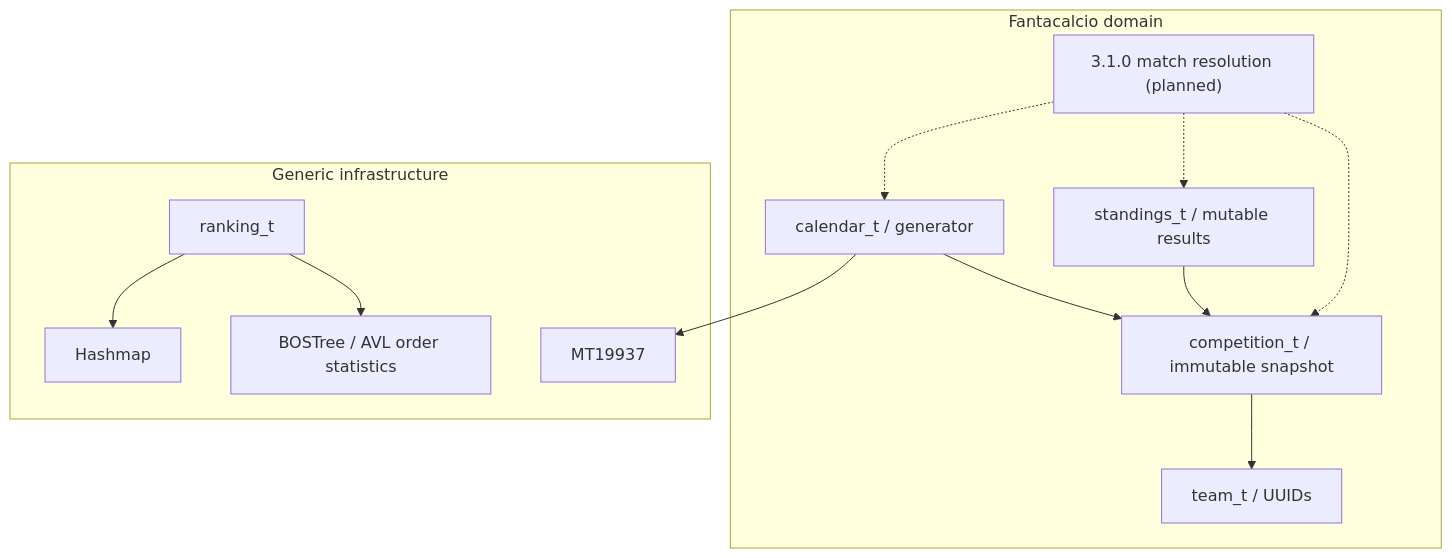
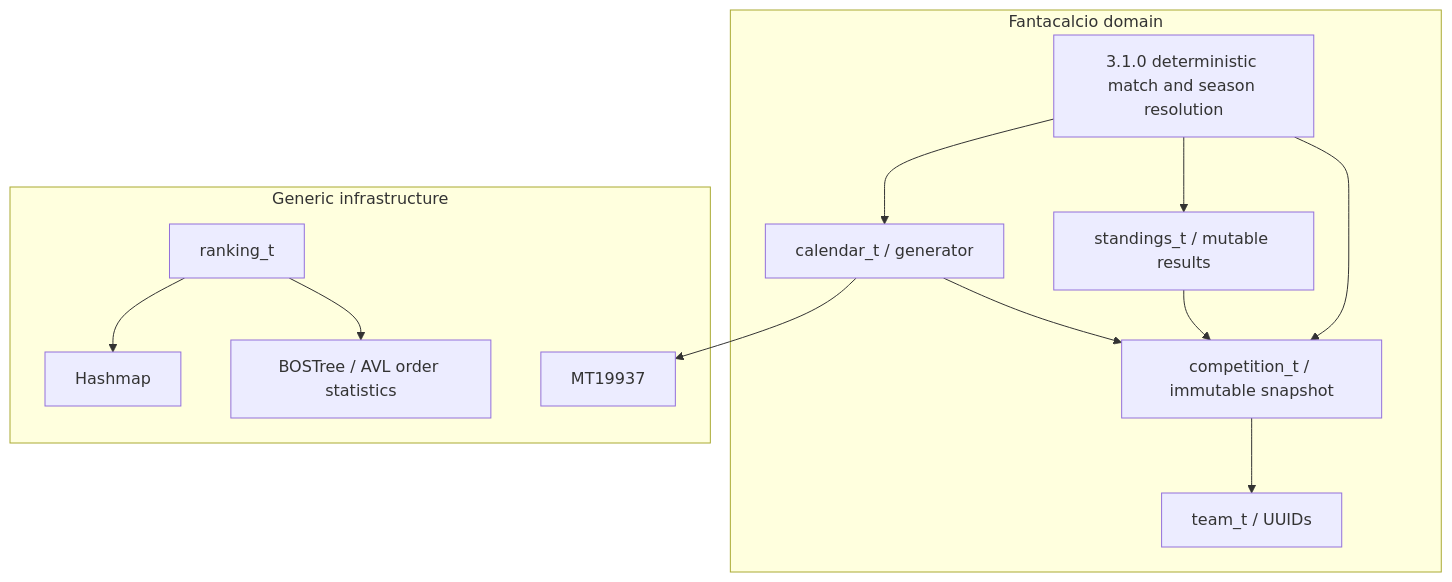
The diagram in README.md (AlessVolpe/CentralRankingDogma), drawn with Mermaid before and after one commit. The commit also changed other lines of this file and 30 other files, not shown here.

Commit message:
feat(domain): implement deterministic match and season resolution (#18)

````diff
--- a/README.md
+++ b/README.md
@@ -19,25 +19,25 @@
 ```mermaid
 flowchart TB
     subgraph DOMAIN["Fantacalcio domain"]
         TEAM["team_t / UUIDs"]
         COMP["competition_t / immutable snapshot"]
         CAL["calendar_t / generator"]
         ST["standings_t / mutable results"]
-        MATCH["3.1.0 match resolution (planned)"]
+        MATCH["3.1.0 deterministic match and season resolution"]
         COMP --> TEAM
         CAL --> COMP
         ST --> COMP
-        MATCH -.-> COMP
-        MATCH -.-> CAL
-        MATCH -.-> ST
+        MATCH --> COMP
+        MATCH --> CAL
+        MATCH --> ST
     end
     subgraph CORE["Generic infrastructure"]
         HASH["Hashmap"]
         AVL["BOSTree / AVL order statistics"]
         RANK["ranking_t"]
         RNG["MT19937"]
         RANK --> HASH
         RANK --> AVL
     end
     CAL --> RNG
 ```
````
